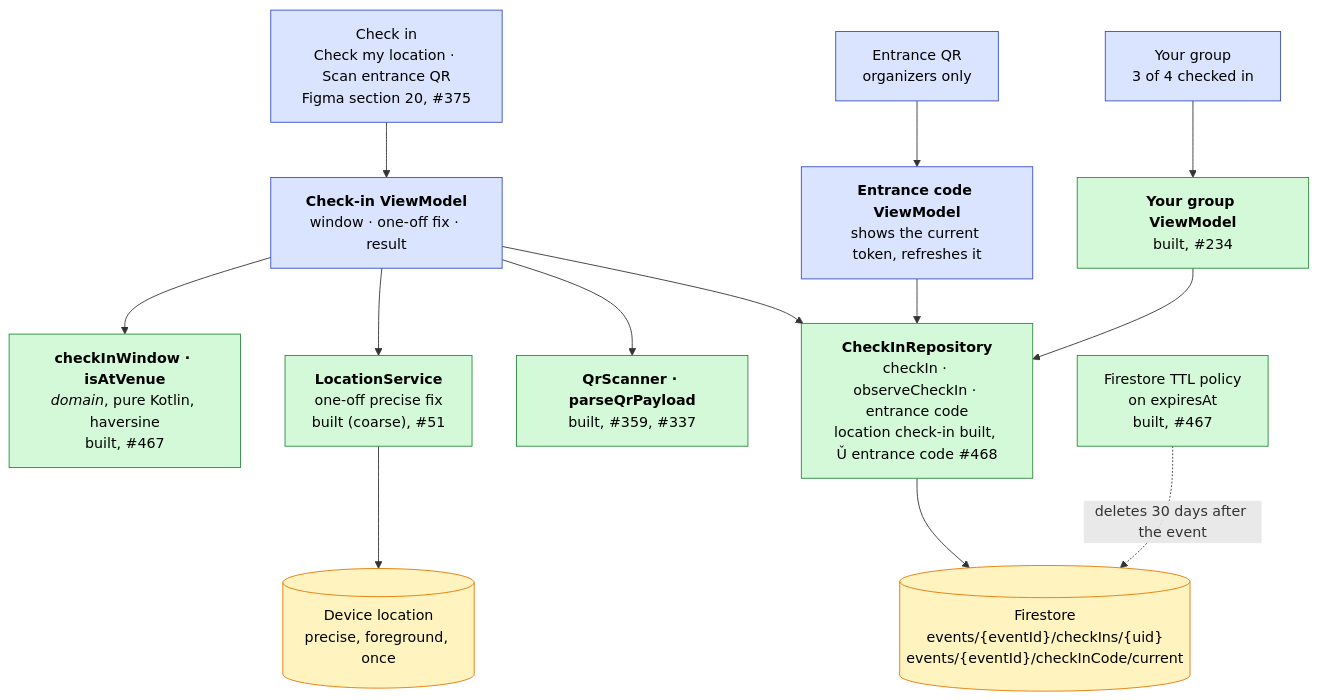
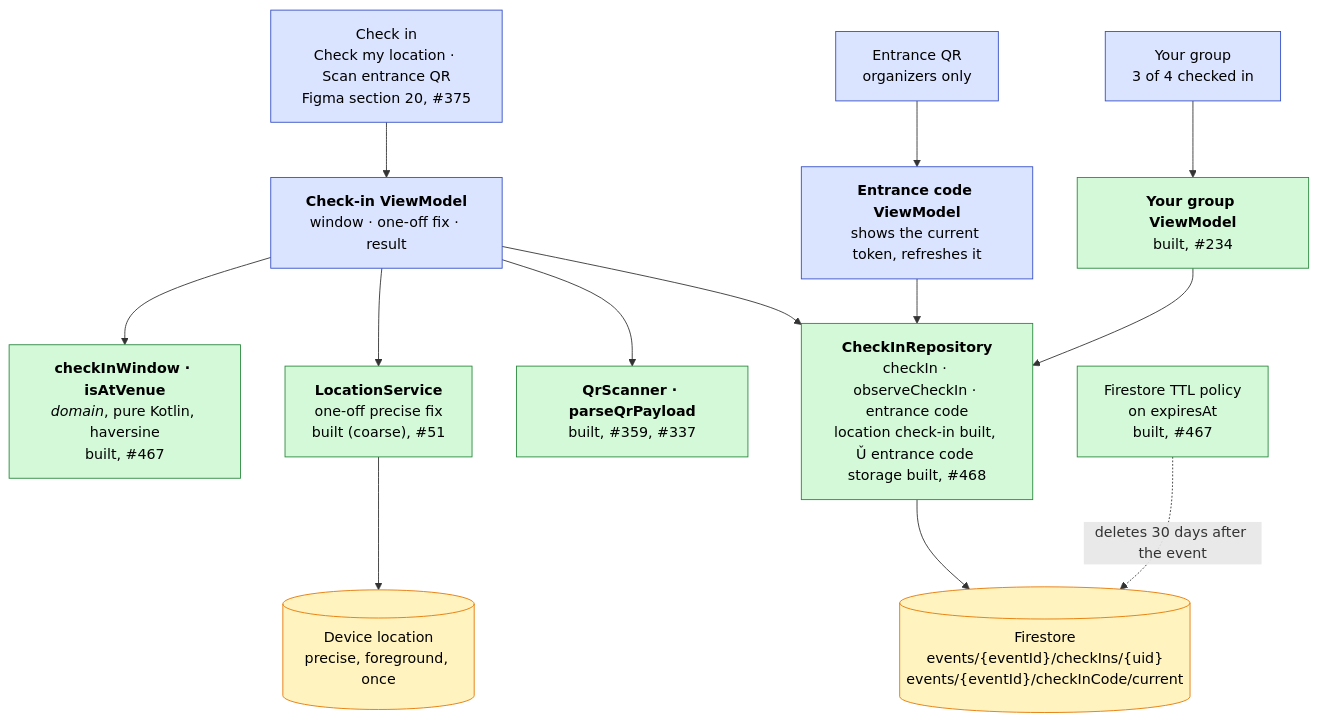
One commit to swent-polysocial/PolySocial changed the tenth of 16 diagrams in docs/Architecture-Diagram.md. Above: the diagram before and after it, drawn with Mermaid. The commit also changed other lines of this file and 1 other file, not shown here.

First line of the commit message:
docs(checkin): record the entrance code

````diff
--- a/docs/Architecture-Diagram.md
+++ b/docs/Architecture-Diagram.md
@@ -712,19 +713,19 @@
 ```mermaid
 flowchart TB
   classDef pb fill:#dbe4ff,stroke:#364fc7,color:#000
   classDef ext fill:#fff3bf,stroke:#e67700,color:#000
   classDef s1 fill:#d3f9d8,stroke:#2b8a3e,color:#000
 
   checkUi["Check in<br/>Check my location · Scan entrance QR<br/>Figma section 20, #375"]:::pb --> checkVM["<b>Check-in ViewModel</b><br/>window · one-off fix · result"]:::pb
   codeUi["Entrance QR<br/>organizers only"]:::pb --> codeVM["<b>Entrance code ViewModel</b><br/>shows the current token, refreshes it"]:::pb
   groupUi["Your group<br/>3 of 4 checked in"]:::pb --> groupVM["<b>Your group ViewModel</b><br/>built, #234"]:::s1
   checkVM --> window["<b>checkInWindow · isAtVenue</b><br/><i>domain</i>, pure Kotlin, haversine<br/>built, #467"]:::s1
   checkVM --> loc["<b>LocationService</b><br/>one-off precise fix<br/>built (coarse), #51"]:::s1
   checkVM --> scan["<b>QrScanner · parseQrPayload</b><br/>built, #359, #337"]:::s1
-  checkVM --> repo["<b>CheckInRepository</b><br/>checkIn · observeCheckIn · entrance code<br/>location check-in built, #467; entrance code #468"]:::s1
+  checkVM --> repo["<b>CheckInRepository</b><br/>checkIn · observeCheckIn · entrance code<br/>location check-in built, #467; entrance code storage built, #468"]:::s1
   codeVM --> repo
   groupVM --> repo
   repo --> fs[("Firestore<br/>events/{eventId}/checkIns/{uid}<br/>events/{eventId}/checkInCode/current")]:::ext
   loc --> gps[("Device location<br/>precise, foreground, once")]:::ext
   ttl["Firestore TTL policy<br/>on expiresAt<br/>built, #467"]:::s1 -. "deletes 30 days after the event" .-> fs
 ```
````
